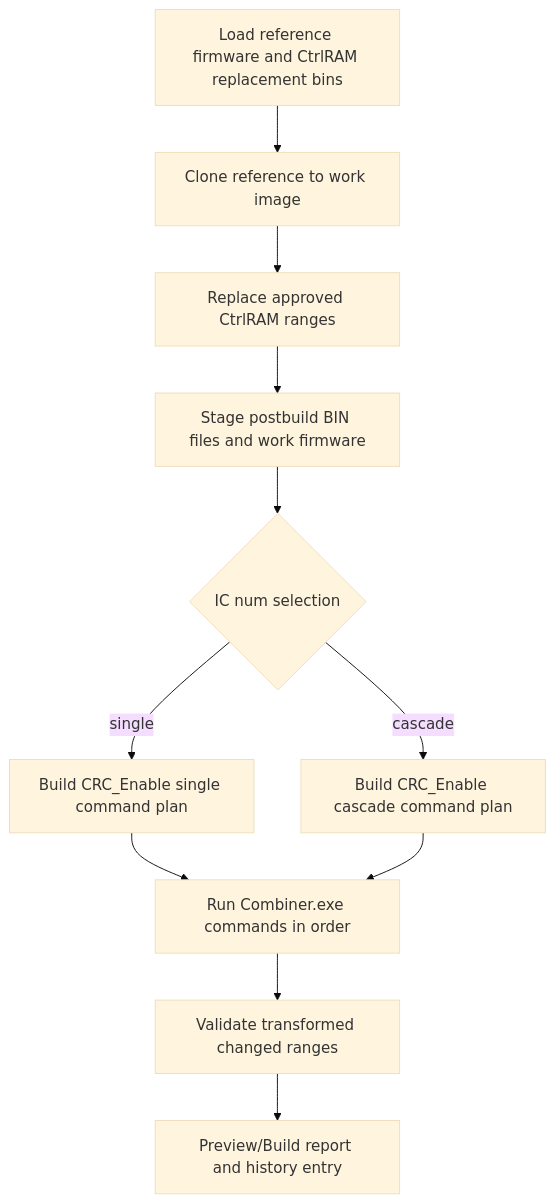
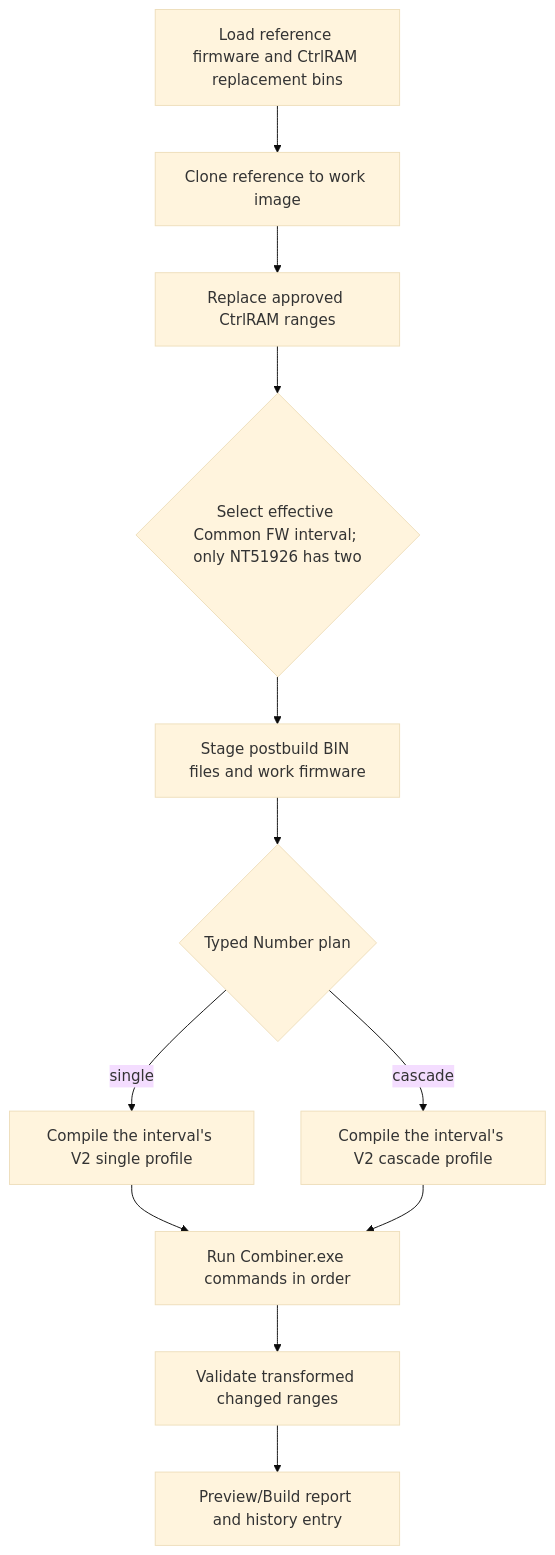
Before and after one commit to Dennis40816/nvt_fw_combiner: the ninth of 13 diagrams in docs/architecture/ic-workflow-flowcharts.md, drawn with Mermaid (base theme). The commit also changed other lines of this file and 133 other files, not shown here.

````diff
--- a/docs/architecture/ic-workflow-flowcharts.md
+++ b/docs/architecture/ic-workflow-flowcharts.md
@@ -239,13 +230,14 @@
 ```mermaid
 flowchart TD
     A["Load reference firmware and CtrlRAM replacement bins"] --> B["Clone reference to work image"]
     B --> C["Replace approved CtrlRAM ranges"]
-    C --> D["Stage postbuild BIN files and work firmware"]
-    D --> E{"IC num selection"}
-    E -- "single" --> F["Build CRC_Enable single command plan"]
-    E -- "cascade" --> G["Build CRC_Enable cascade command plan"]
-    F --> H["Run Combiner.exe commands in order"]
-    G --> H
-    H --> I["Validate transformed changed ranges"]
-    I --> J["Preview/Build report and history entry"]
+    C --> D{"Select effective Common FW interval; only NT51926 has two"}
+    D --> E["Stage postbuild BIN files and work firmware"]
+    E --> F{"Typed Number plan"}
+    F -- "single" --> G["Compile the interval's V2 single profile"]
+    F -- "cascade" --> H["Compile the interval's V2 cascade profile"]
+    G --> I["Run Combiner.exe commands in order"]
+    H --> I
+    I --> J["Validate transformed changed ranges"]
+    J --> K["Preview/Build report and history entry"]
 ```
````
